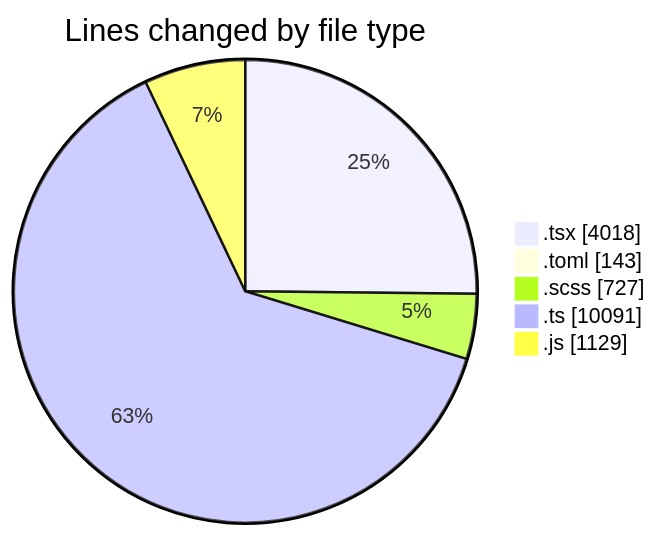
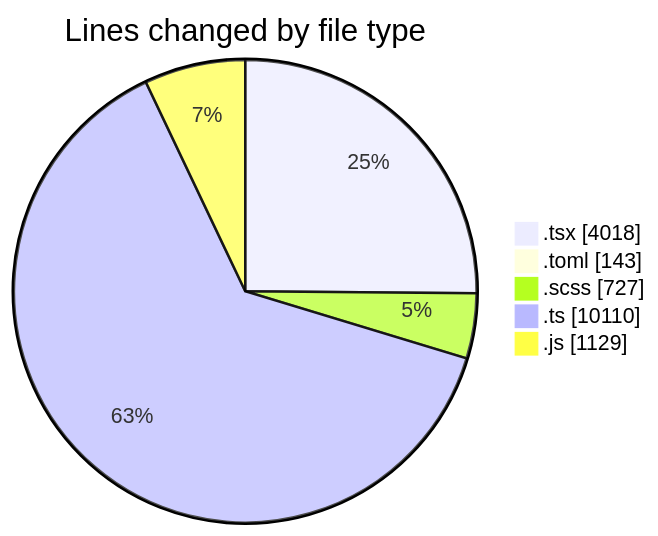
Before and after one commit to momahboobian/code-tracking: the first of 2 diagrams in 2026-11-02/cda/README.md, drawn with Mermaid. The commit also changed other lines of this file and 1 other file, not shown here.

````diff
--- a/2026-11-02/cda/README.md
+++ b/2026-11-02/cda/README.md
@@ -67,9 +67,9 @@
 ```mermaid
 pie showData
 title Lines changed by file type
 ".tsx" : 4018
 ".toml" : 143
 ".scss" : 727
-".ts" : 10091
+".ts" : 10110
 ".js" : 1129
 ```
````
